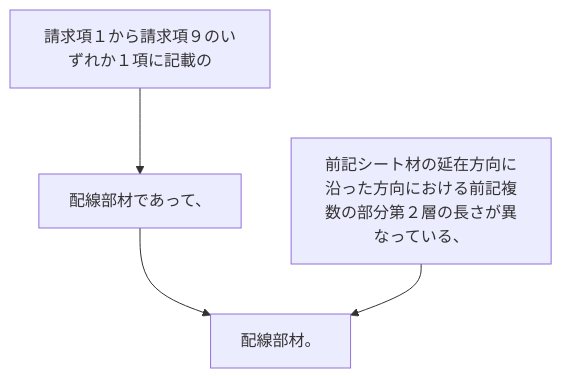
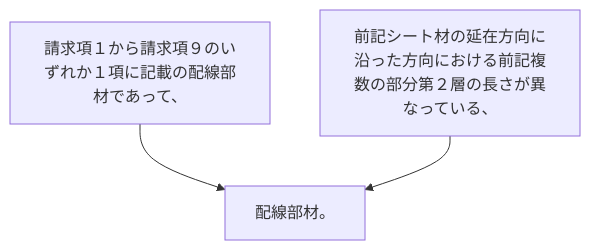
The diagram in 2024/JP2024001238A/claim_10/claim_10_graph.md (shinmori55/patent_analyzed), drawn with Mermaid before and after one commit. The commit also changed 3332 other files, not shown here.

````diff
--- a/2024/JP2024001238A/claim_10/claim_10_graph.md
+++ b/2024/JP2024001238A/claim_10/claim_10_graph.md
@@ -1,10 +1,8 @@
 ```mermaid
 flowchart TD
-A[請求項１から請求項９のいずれか１項に記載の]
-B[配線部材であって、]
-C[前記シート材の延在方向に沿った方向における前記複数の部分第２層の長さが異なっている、]
-D[配線部材。]
-A --> B
-B --> D
-C --> D
+A[請求項１から請求項９のいずれか１項に記載の配線部材であって、]
+B[前記シート材の延在方向に沿った方向における前記複数の部分第２層の長さが異なっている、]
+C[配線部材。]
+A --> C
+B --> C
 ```
````
